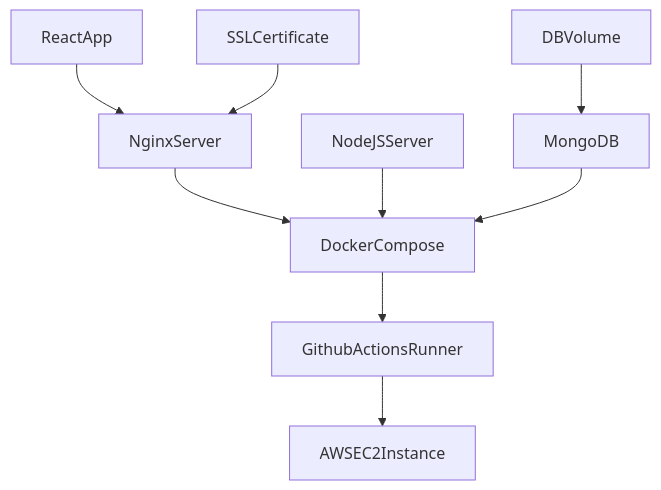
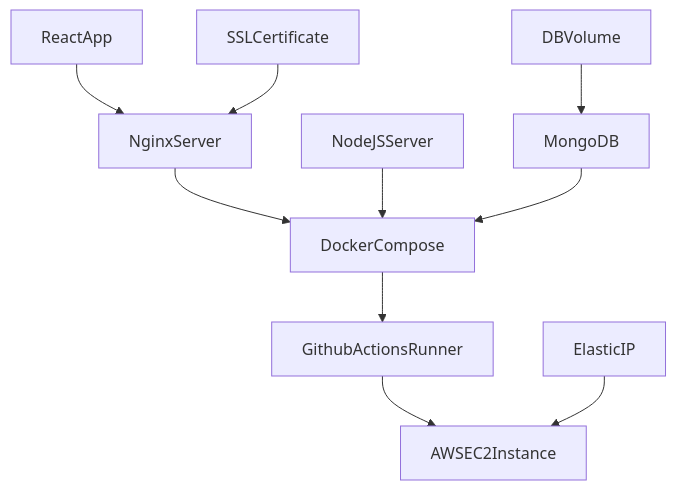
One commit to CarlaCGDM/open-virtual-tours changed the diagram in README.md. Above: the diagram before and after it, drawn with Mermaid.

````diff
--- a/README.md
+++ b/README.md
@@ -7,11 +7,12 @@
 ```mermaid
 graph TD;
     ReactApp-->NginxServer;
     SSLCertificate-->NginxServer;
     NginxServer-->DockerCompose;
     NodeJSServer-->DockerCompose;
     DBVolume-->MongoDB;
     MongoDB-->DockerCompose;
     DockerCompose-->GithubActionsRunner;
-    GithubActionsRunner-->AWSEC2Instance
+    GithubActionsRunner-->AWSEC2Instance;
+    ElasticIP-->AWSEC2Instance;
 ```
````
